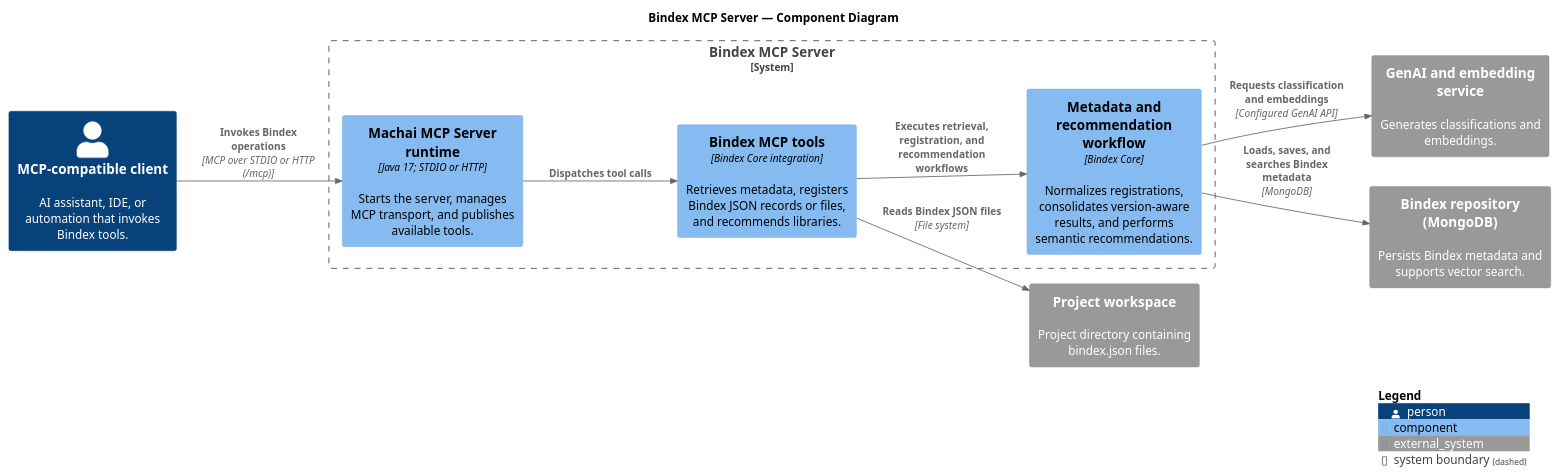
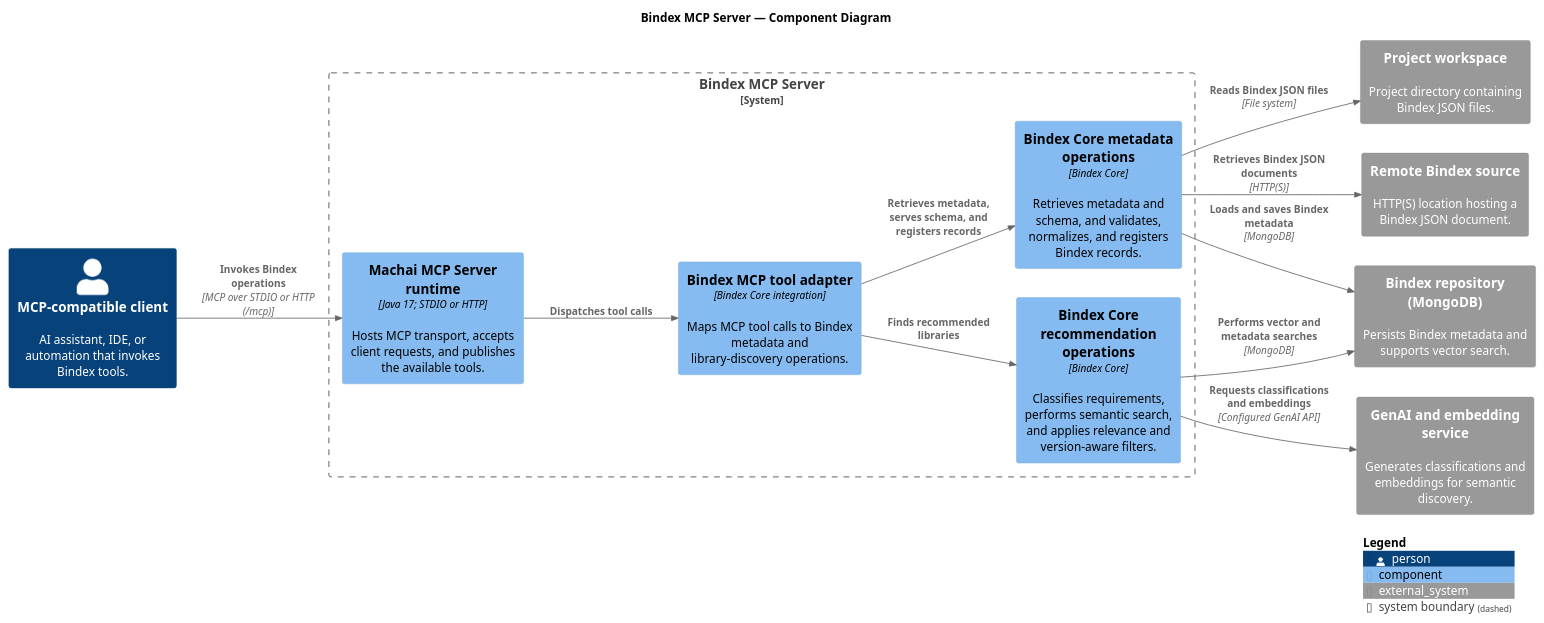
Before and after one commit to machanism-org/bindex-mcp-server: the diagram in src/site/puml/c4-diagram.puml, drawn with PlantUML. The commit also changed 2 other files, not shown here.

```diff
--- a/src/site/puml/c4-diagram.puml
+++ b/src/site/puml/c4-diagram.puml
@@ -10,27 +10,32 @@
 @startuml BindexMcpServerComponentDiagram
 !include https://raw.githubusercontent.com/plantuml-stdlib/C4-PlantUML/master/C4_Component.puml
 
 title Bindex MCP Server — Component Diagram
 
 LAYOUT_LEFT_RIGHT()
 
 Person(mcpClient, "MCP-compatible client", "AI assistant, IDE, or automation that invokes Bindex tools.")
-System_Ext(genAiService, "GenAI and embedding service", "Generates classifications and embeddings.")
+System_Ext(projectWorkspace, "Project workspace", "Project directory containing Bindex JSON files.")
+System_Ext(remoteBindexSource, "Remote Bindex source", "HTTP(S) location hosting a Bindex JSON document.")
 System_Ext(mongoDb, "Bindex repository (MongoDB)", "Persists Bindex metadata and supports vector search.")
-System_Ext(projectWorkspace, "Project workspace", "Project directory containing bindex.json files.")
+System_Ext(genAiService, "GenAI and embedding service", "Generates classifications and embeddings for semantic discovery.")
 
 System_Boundary(bindexServer, "Bindex MCP Server") {
-    Component(mcpRuntime, "Machai MCP Server runtime", "Java 17; STDIO or HTTP", "Starts the server, manages MCP transport, and publishes available tools.")
-    Component(bindexTools, "Bindex MCP tools", "Bindex Core integration", "Retrieves metadata, registers Bindex JSON records or files, and recommends libraries.")
-    Component(metadataWorkflow, "Metadata and recommendation workflow", "Bindex Core", "Normalizes registrations, consolidates version-aware results, and performs semantic recommendations.")
+    Component(mcpRuntime, "Machai MCP Server runtime", "Java 17; STDIO or HTTP", "Hosts MCP transport, accepts client requests, and publishes the available tools.")
+    Component(toolAdapter, "Bindex MCP tool adapter", "Bindex Core integration", "Maps MCP tool calls to Bindex metadata and library-discovery operations.")
+    Component(metadataOperations, "Bindex Core metadata operations", "Bindex Core", "Retrieves metadata and schema, and validates, normalizes, and registers Bindex records.")
+    Component(recommendationOperations, "Bindex Core recommendation operations", "Bindex Core", "Classifies requirements, performs semantic search, and applies relevance and version-aware filters.")
 }
 
 Rel(mcpClient, mcpRuntime, "Invokes Bindex operations", "MCP over STDIO or HTTP (/mcp)")
-Rel(mcpRuntime, bindexTools, "Dispatches tool calls")
-Rel(bindexTools, metadataWorkflow, "Executes retrieval, registration, and recommendation workflows")
-Rel(bindexTools, projectWorkspace, "Reads Bindex JSON files", "File system")
-Rel(metadataWorkflow, mongoDb, "Loads, saves, and searches Bindex metadata", "MongoDB")
-Rel(metadataWorkflow, genAiService, "Requests classification and embeddings", "Configured GenAI API")
+Rel(mcpRuntime, toolAdapter, "Dispatches tool calls")
+Rel(toolAdapter, metadataOperations, "Retrieves metadata, serves schema, and registers records")
+Rel(toolAdapter, recommendationOperations, "Finds recommended libraries")
+Rel(metadataOperations, projectWorkspace, "Reads Bindex JSON files", "File system")
+Rel(metadataOperations, remoteBindexSource, "Retrieves Bindex JSON documents", "HTTP(S)")
+Rel(metadataOperations, mongoDb, "Loads and saves Bindex metadata", "MongoDB")
+Rel(recommendationOperations, mongoDb, "Performs vector and metadata searches", "MongoDB")
+Rel(recommendationOperations, genAiService, "Requests classifications and embeddings", "Configured GenAI API")
 
 SHOW_LEGEND()
 @enduml
```
